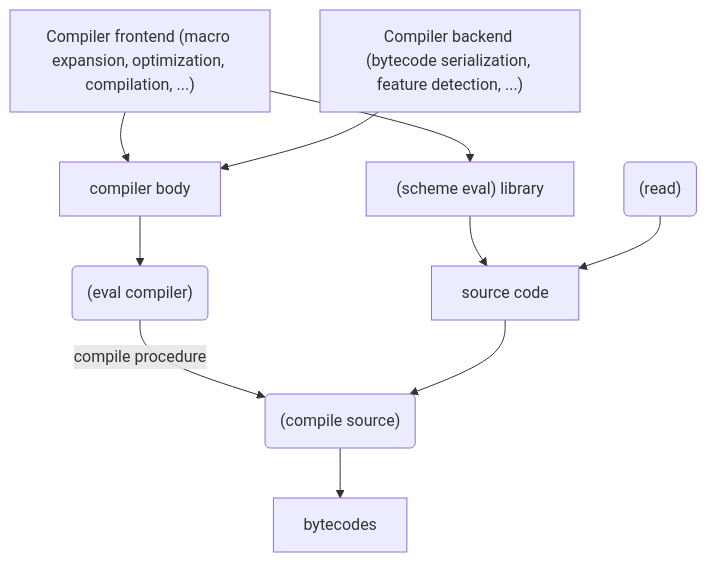
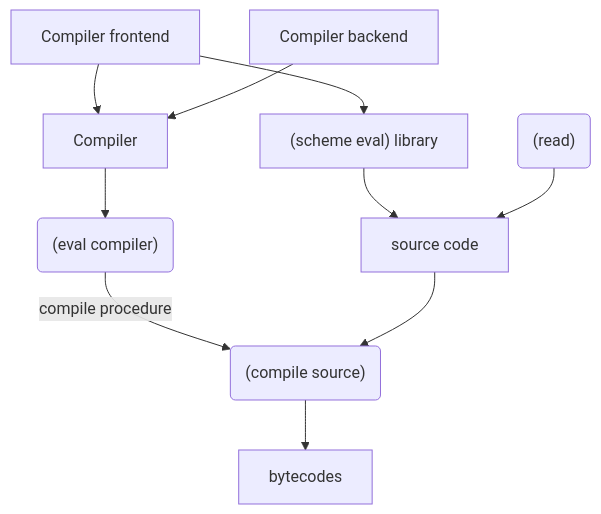
Before and after one commit to raviqqe/doc: the first of 2 diagrams in posts/stak/inception.md, drawn with Mermaid. The commit also changed other lines of this file, not shown here.

````diff
--- a/posts/stak/inception.md
+++ b/posts/stak/inception.md
@@ -129,13 +132,13 @@
 ```mermaid
 graph TD
-  A["Compiler frontend (macro expansion, optimization, compilation, ...)"] --> C
+  A[Compiler frontend] --> C
   A --> D
-  B["Compiler backend (bytecode serialization, feature detection, ...)"] --> C
-  C[compiler body] --> E
+  B[Compiler backend] --> C
+  C[Compiler] --> E
   D["(scheme eval) library"] --> T
   E("(eval compiler)") -->|compile procedure| F
   F("(compile source)") --> G
   G[bytecodes]
   S("(read)") --> T
   T[source code] --> F
 ```
````
